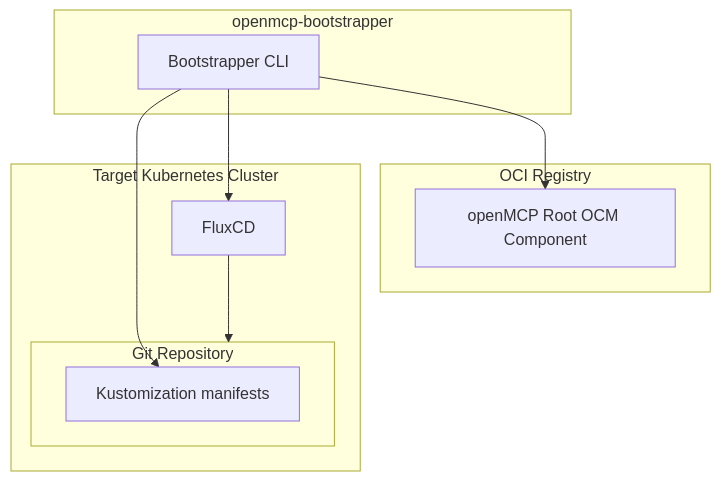
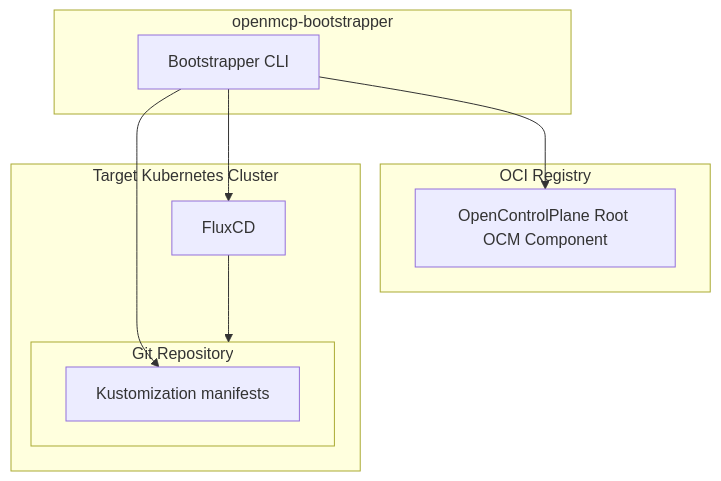
The diagram in docs/operators/production-setup/00-overview.md (openmcp-project/docs), drawn with Mermaid before and after one commit. The commit also changed 10 other files, not shown here.

First line of the commit message:
docs: rename OpenMCP to OpenControlPlane (#125)

````diff
--- a/docs/operators/production-setup/00-overview.md
+++ b/docs/operators/production-setup/00-overview.md
@@ -29,22 +29,22 @@
 ```mermaid
 flowchart TD
     subgraph OCI Registry
-        A[openMCP Root OCM Component]
+        A[OpenControlPlane Root OCM Component]
     end
 
     subgraph GitRepo[Git Repository]
         G[Kustomization manifests]
     end
 
     subgraph Target Kubernetes Cluster
         H[FluxCD]
         H --> GitRepo
     end
 
     subgraph openmcp-bootstrapper
         J[Bootstrapper CLI]
         J --> A
         J --> G
         J --> H
     end
 ```
````
